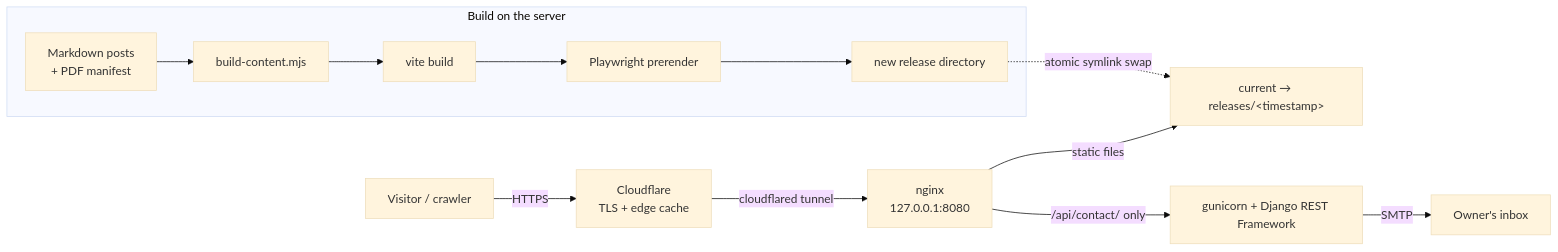
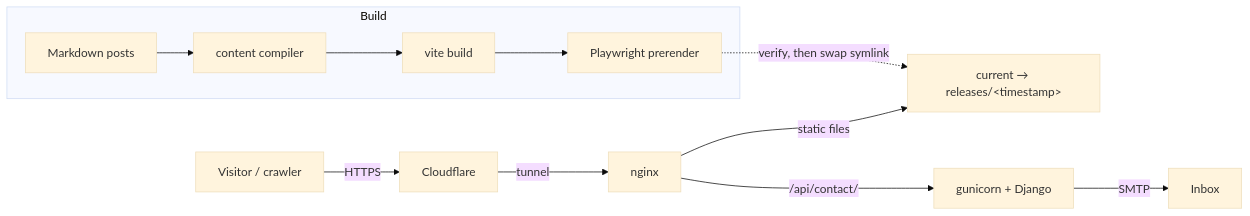
One commit to proxy76/algomate-landing changed the diagram in README.md. Above: the diagram before and after it, drawn with Mermaid (base theme). The commit also changed other lines of this file and 2 other files, not shown here.

````diff
--- a/README.md
+++ b/README.md
@@ -46,16 +35,15 @@
 ```mermaid
 flowchart LR
-    V[Visitor / crawler] -->|HTTPS| CF[Cloudflare<br/>TLS + edge cache]
-    CF -->|cloudflared tunnel| NG[nginx<br/>127.0.0.1:8080]
+    V[Visitor / crawler] -->|HTTPS| CF[Cloudflare]
+    CF -->|tunnel| NG[nginx]
     NG -->|static files| CUR["current → releases/&lt;timestamp&gt;"]
-    NG -->|/api/contact/ only| GU[gunicorn + Django REST Framework]
-    GU -->|SMTP| MAIL[Owner's inbox]
+    NG -->|/api/contact/| DJ[gunicorn + Django]
+    DJ -->|SMTP| MAIL[Inbox]
 
-    subgraph Build on the server
-      MD[Markdown posts<br/>+ PDF manifest] --> BC[build-content.mjs]
+    subgraph Build
+      MD[Markdown posts] --> BC[content compiler]
       BC --> VB[vite build]
       VB --> PR[Playwright prerender]
-      PR --> REL[new release directory]
     end
-    REL -. atomic symlink swap .-> CUR
+    PR -. verify, then swap symlink .-> CUR
 ```
````
